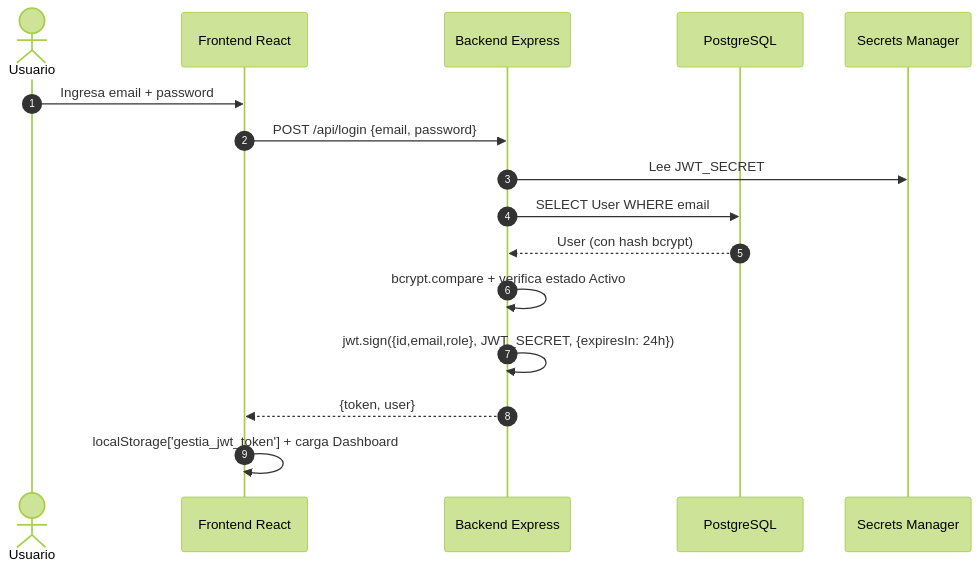
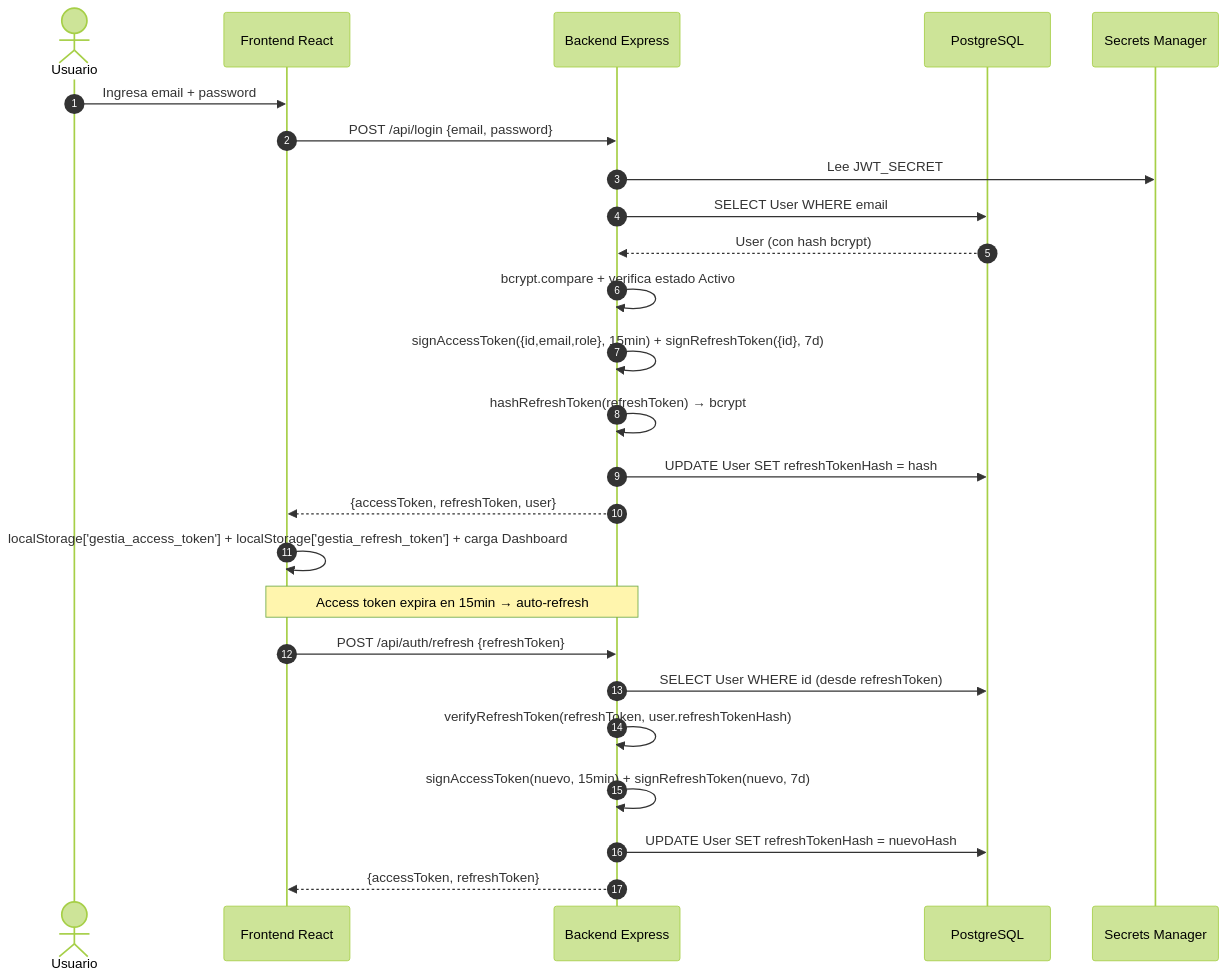
The fourth of 6 diagrams in Documentacion/architecture_c4.md (juanco1983/Gestia), drawn with Mermaid (forest theme) before and after one commit. The commit also changed other lines of this file and 1 other file, not shown here.

````diff
--- a/Documentacion/architecture_c4.md
+++ b/Documentacion/architecture_c4.md
@@ -197,19 +197,29 @@
 ```mermaid
 sequenceDiagram
     autonumber
     actor U as Usuario
     participant SPA as Frontend React
     participant API as Backend Express
     participant DB as PostgreSQL
     participant SM as Secrets Manager
 
     U->>SPA: Ingresa email + password
     SPA->>API: POST /api/login {email, password}
     API->>SM: Lee JWT_SECRET
     API->>DB: SELECT User WHERE email
     DB-->>API: User (con hash bcrypt)
     API->>API: bcrypt.compare + verifica estado Activo
-    API->>API: jwt.sign({id,email,role}, JWT_SECRET, {expiresIn: 24h})
-    API-->>SPA: {token, user}
-    SPA->>SPA: localStorage['gestia_jwt_token'] + carga Dashboard
+    API->>API: signAccessToken({id,email,role}, 15min) + signRefreshToken({id}, 7d)
+    API->>API: hashRefreshToken(refreshToken) → bcrypt
+    API->>DB: UPDATE User SET refreshTokenHash = hash
+    API-->>SPA: {accessToken, refreshToken, user}
+    SPA->>SPA: localStorage['gestia_access_token'] + localStorage['gestia_refresh_token'] + carga Dashboard
+    
+    Note over SPA,API: Access token expira en 15min → auto-refresh
+    SPA->>API: POST /api/auth/refresh {refreshToken}
+    API->>DB: SELECT User WHERE id (desde refreshToken)
+    API->>API: verifyRefreshToken(refreshToken, user.refreshTokenHash)
+    API->>API: signAccessToken(nuevo, 15min) + signRefreshToken(nuevo, 7d)
+    API->>DB: UPDATE User SET refreshTokenHash = nuevoHash
+    API-->>SPA: {accessToken, refreshToken}
 ```
````
